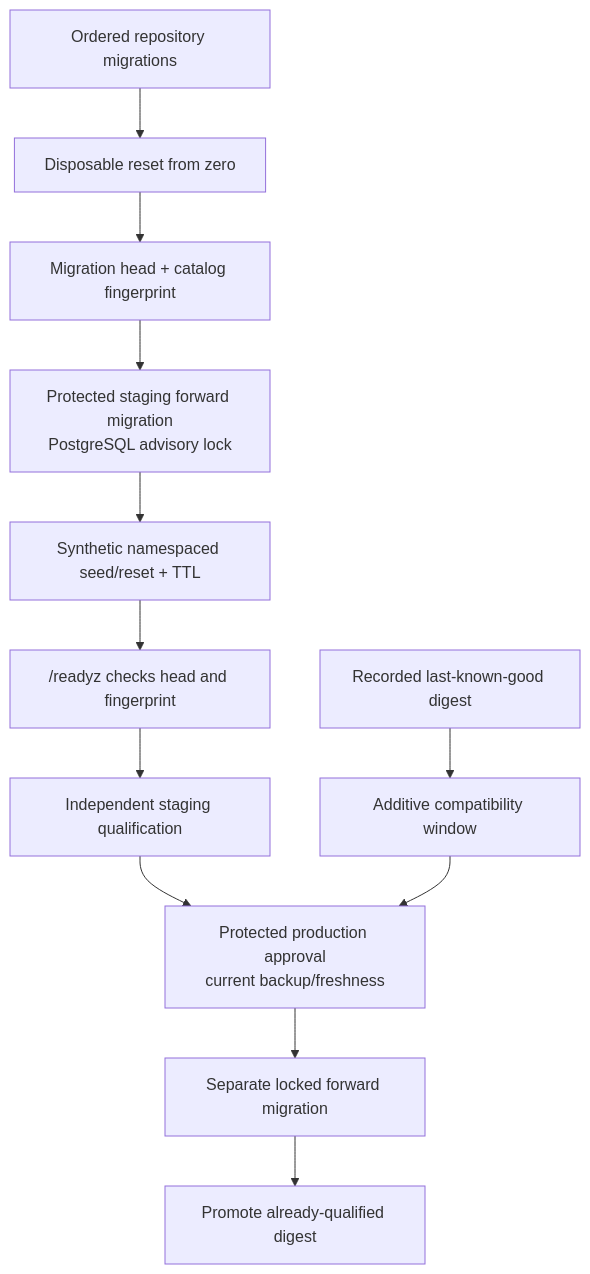
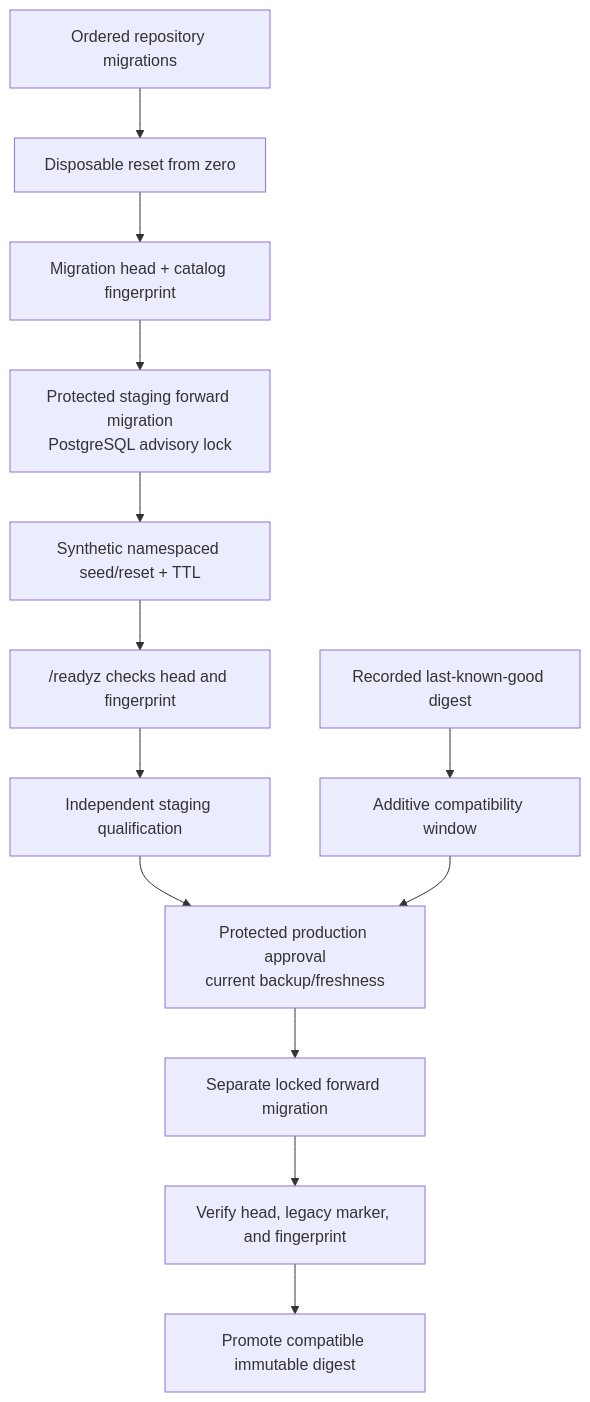
The first of 2 diagrams in MIGRATION_RELEASE_GATE.md (ramideltoro/nutsnews-docs), drawn with Mermaid before and after one commit. The commit also changed other lines of this file and 2 other files, not shown here.

Commit message:
docs: add protected production migration release path

````diff
--- a/MIGRATION_RELEASE_GATE.md
+++ b/MIGRATION_RELEASE_GATE.md
@@ -55,14 +63,15 @@
 ```mermaid
 flowchart TD
   source["Ordered repository migrations"] --> disposable["Disposable reset from zero"]
   disposable --> contract["Migration head + catalog fingerprint"]
   contract --> stagingMigration["Protected staging forward migration\nPostgreSQL advisory lock"]
   stagingMigration --> fixtures["Synthetic namespaced seed/reset + TTL"]
   fixtures --> ready["/readyz checks head and fingerprint"]
   ready --> qualification["Independent staging qualification"]
   qualification --> productionPreflight["Protected production approval\ncurrent backup/freshness"]
   productionPreflight --> productionMigration["Separate locked forward migration"]
-  productionMigration --> release["Promote already-qualified digest"]
+  productionMigration --> databaseContract["Verify head, legacy marker, and fingerprint"]
+  databaseContract --> release["Promote compatible immutable digest"]
   oldDigest["Recorded last-known-good digest"] --> expand["Additive compatibility window"]
   expand --> productionPreflight
 ```
````
